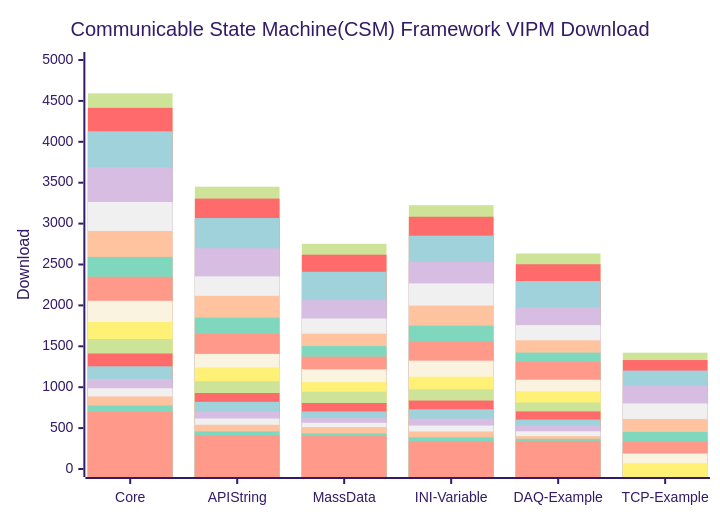
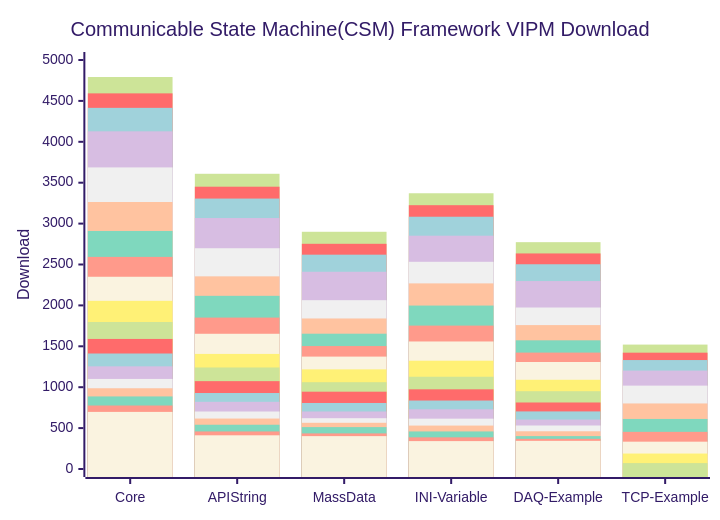
One commit to NEVSTOP-LAB/.github changed the diagram in profile/README.md. Above: the diagram before and after it, drawn with Mermaid (forest theme).

````diff
--- a/profile/README.md
+++ b/profile/README.md
@@ -31,24 +31,25 @@
 ```mermaid
     xychart-beta
     title "Communicable State Machine(CSM) Framework VIPM Download"
     x-axis [Core, API String, MassData, INI-Variable, DAQ-Example, TCP-Example]
     y-axis "Download" 0 --> 5000
+    bar   [4792, 3609, 2900, 3371, 2773, 1521, 2025.12]
     bar   [4592, 3451, 2753, 3225, 2635, 1422, 2025.11]
     bar   [4415, 3306, 2620, 3084, 2503, 1332, 2025.10]
     bar   [4128, 3068, 2411, 2852, 2298, 1203]
     bar   [3687, 2699, 2064, 2533, 1974, 1019]
     bar   [3264, 2355, 1840, 2269, 1759, 801]
     bar   [2910, 2117, 1654, 1998, 1573, 612]
     bar   [2593, 1851, 1503, 1753, 1423, 454]
     bar   [2350, 1653, 1374, 1559, 1308, 334]
     bar   [2056, 1407, 1218, 1324, 1091, 189]
     bar   [1797, 1241, 1061, 1128, 951, 72]
     bar   [1590, 1074, 945, 974, 813]
     bar   [1412, 929, 807, 837, 704]
     bar   [1255, 821, 703, 730, 604]
     bar   [1101, 703, 621, 615, 532]
     bar   [987, 617, 565, 531, 461]
     bar   [887, 541, 512, 459, 402]
     bar   [776, 459, 435, 387, 369]
     bar   [698, 412, 402, 341, 344]
 ```
````
